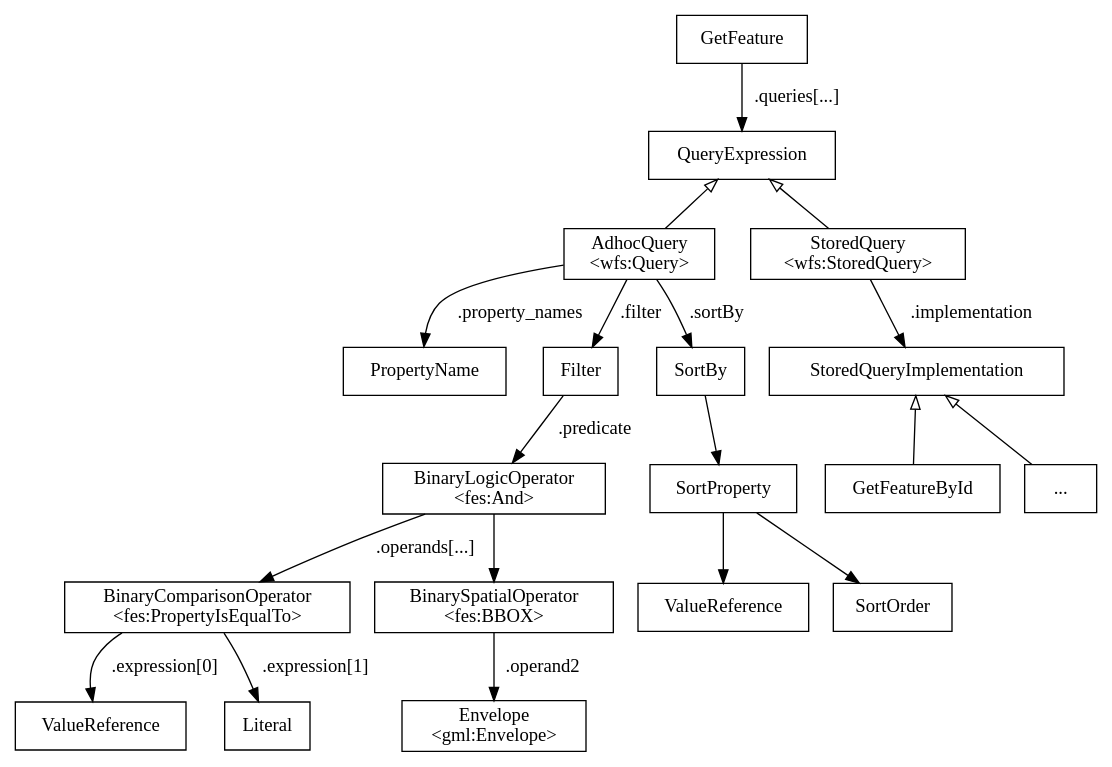
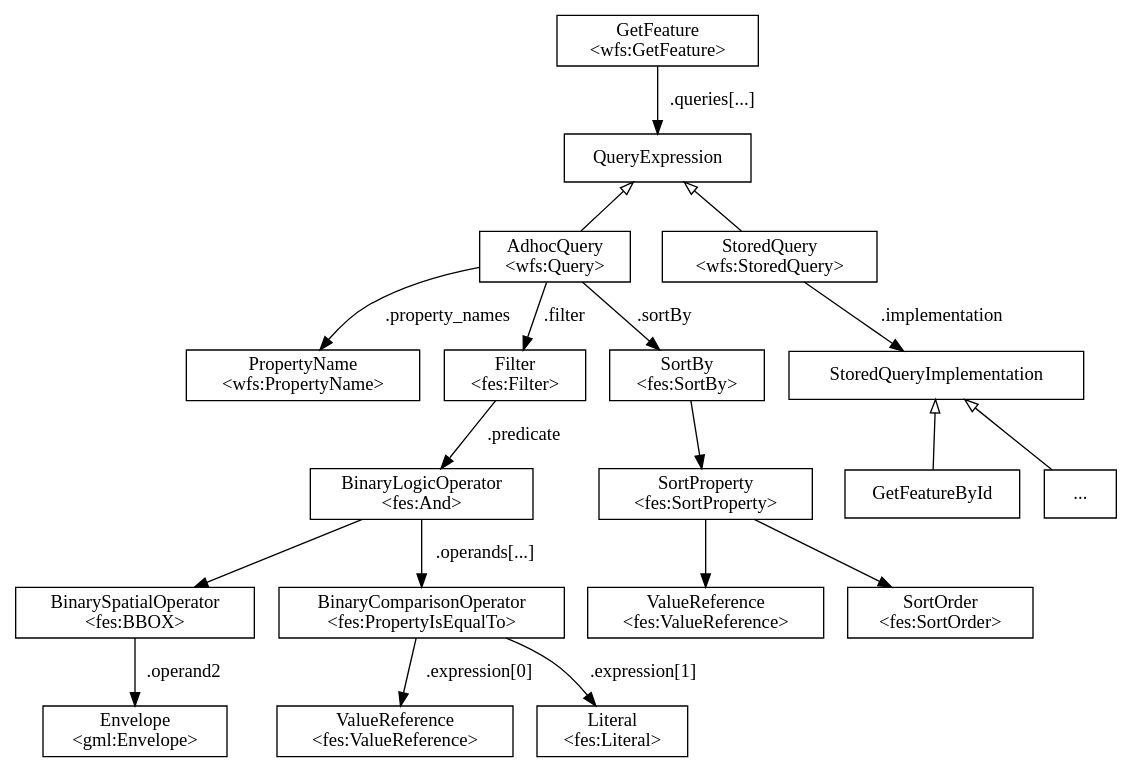
The fourth of 6 diagrams in docs/architecture.rst (Amsterdam/django-gisserver), drawn with Graphviz before and after one commit. The commit also changed other lines of this file and 66 other files, not shown here.

```diff
--- a/docs/architecture.rst
+++ b/docs/architecture.rst
@@ -166,42 +171,50 @@
 .. graphviz::
 
     digraph foo {
         node [shape=box]
 
-        GetFeature
+        GetFeature [label="GetFeature\n<wfs:GetFeature>"]
 
         GetFeature -> QueryExpression [label=".queries[...]"]
         QueryExpression -> AdhocQuery [dir=back arrowtail=empty]
 
         AdhocQuery [label="AdhocQuery\n<wfs:Query>"]
         StoredQuery [label="StoredQuery\n<wfs:StoredQuery>"]
+        PropertyName [label="PropertyName\n<wfs:PropertyName>"]
+        Filter [label="Filter\n<fes:Filter>"]
+        SortBy [label="SortBy\n<fes:SortBy>"]
 
         AdhocQuery -> PropertyName [label=".property_names"]
         AdhocQuery -> Filter [label=".filter"]
         AdhocQuery -> SortBy [label=".sortBy"]
 
+        BinaryLogicOperator [label="BinaryLogicOperator\n<fes:And>"]
+        BinarySpatialOperator [label="BinarySpatialOperator\n<fes:BBOX>"]
         BinaryComparisonOperator [label="BinaryComparisonOperator\n<fes:PropertyIsEqualTo>"]
-        BinarySpatialOperator [label="BinarySpatialOperator\n<fes:BBOX>"]
-        BinaryLogicOperator [label="BinaryLogicOperator\n<fes:And>"]
         Envelope [label="Envelope\n<gml:Envelope>"]
+        ValueReference [label="ValueReference\n<fes:ValueReference>"]
+        Literal [label="Literal\n<fes:Literal>"]
 
         Filter -> BinaryLogicOperator [label=".predicate"]
         BinaryLogicOperator -> BinarySpatialOperator
         BinaryLogicOperator -> BinaryComparisonOperator [label=".operands[...]"]
         BinarySpatialOperator -> Envelope [label=".operand2"]
         BinaryComparisonOperator -> ValueReference [label=".expression[0]"]
         BinaryComparisonOperator -> Literal [label=".expression[1]"]
 
-        ValueReference2 [label="ValueReference"]
+        ValueReference2 [label="ValueReference\n<fes:ValueReference>"]
+        SortProperty [label="SortProperty\n<fes:SortProperty>"]
+        SortOrder [label="SortOrder\n<fes:SortOrder>"]
+
         SortBy -> SortProperty
         SortProperty -> ValueReference2
         SortProperty -> SortOrder
 
         QueryExpression -> StoredQuery [dir=back arrowtail=empty]
         StoredQuery -> StoredQueryImplementation [label=".implementation"]
 
         GetFeatureById
         custom [label="..."]
         StoredQueryImplementation -> GetFeatureById [dir=back arrowtail=empty]
         StoredQueryImplementation -> custom [dir=back arrowtail=empty]
     }
```
